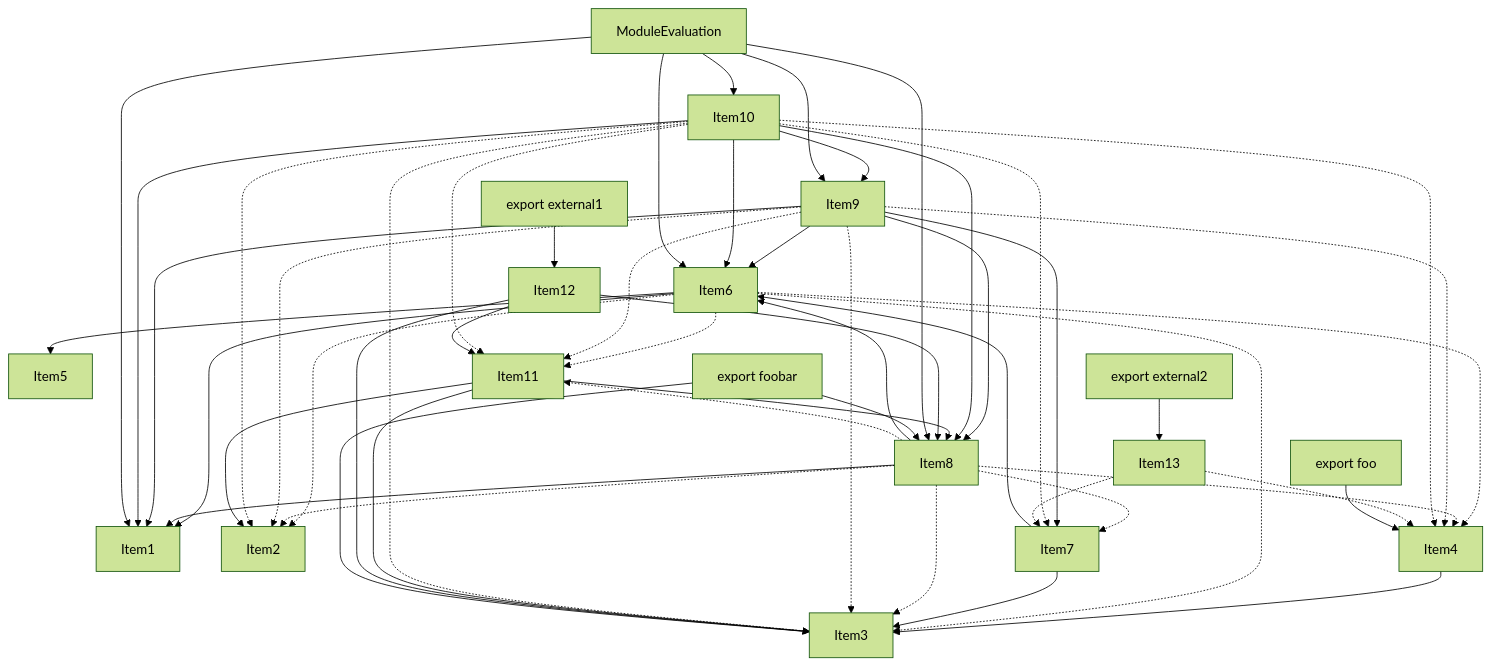
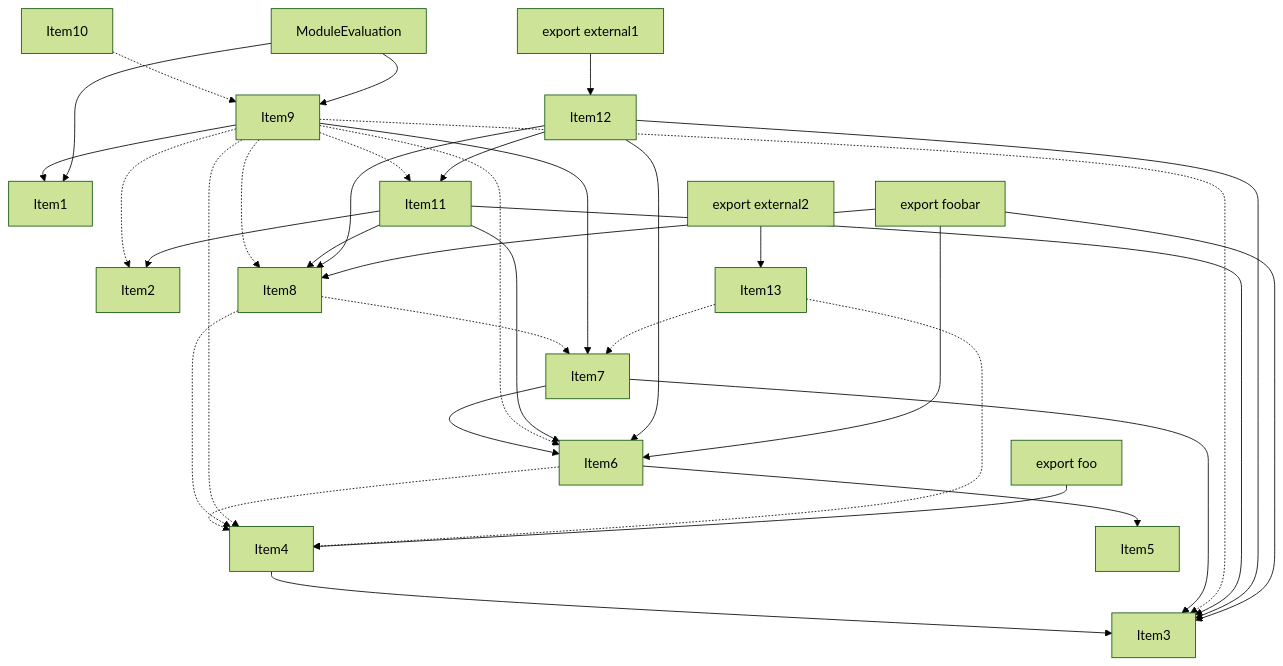
Before and after one commit to vercel/turborepo: the fourth of 5 diagrams in crates/turbopack-ecmascript/tests/tree-shaker/analyzer/1/output.md, drawn with Mermaid (forest theme). The commit also changed other lines of this file and 12 other files, not shown here.

````diff
--- a/crates/turbopack-ecmascript/tests/tree-shaker/analyzer/1/output.md
+++ b/crates/turbopack-ecmascript/tests/tree-shaker/analyzer/1/output.md
@@ -306,77 +271,60 @@
 ```mermaid
 graph TD
     Item1;
     Item2;
     Item3;
     Item4;
     Item5;
     Item6;
     Item7;
     Item8;
     Item9;
     Item10;
     Item11;
     Item12;
     Item13;
     Item14;
     Item14["ModuleEvaluation"];
     Item15;
     Item15["export foobar"];
     Item16;
     Item16["export foo"];
     Item17;
     Item17["export external1"];
     Item18;
     Item18["export external2"];
     Item4 --> Item3;
     Item6 --> Item5;
     Item6 -.-> Item4;
-    Item6 --> Item1;
-    Item6 -.-> Item2;
-    Item6 -.-> Item3;
-    Item6 -.-> Item11;
     Item7 --> Item3;
     Item7 --> Item6;
     Item8 -.-> Item4;
     Item8 -.-> Item7;
-    Item8 --> Item1;
-    Item8 --> Item6;
-    Item8 -.-> Item2;
-    Item8 -.-> Item3;
-    Item8 -.-> Item11;
     Item9 --> Item7;
     Item9 --> Item1;
-    Item9 --> Item6;
-    Item9 --> Item8;
     Item9 -.-> Item2;
     Item9 -.-> Item3;
+    Item9 -.-> Item6;
+    Item9 -.-> Item8;
     Item9 -.-> Item4;
     Item9 -.-> Item11;
-    Item10 --> Item9;
-    Item10 --> Item1;
-    Item10 --> Item6;
-    Item10 --> Item8;
-    Item10 -.-> Item2;
-    Item10 -.-> Item3;
-    Item10 -.-> Item4;
-    Item10 -.-> Item7;
-    Item10 -.-> Item11;
+    Item10 -.-> Item9;
     Item11 --> Item2;
     Item11 --> Item3;
+    Item11 --> Item6;
     Item11 --> Item8;
     Item12 --> Item11;
     Item12 --> Item3;
+    Item12 --> Item6;
     Item12 --> Item8;
     Item13 -.-> Item4;
     Item13 -.-> Item7;
     Item14 --> Item1;
-    Item14 --> Item6;
-    Item14 --> Item8;
     Item14 --> Item9;
-    Item14 --> Item10;
     Item15 --> Item3;
+    Item15 --> Item6;
     Item15 --> Item8;
     Item16 --> Item4;
     Item17 --> Item12;
     Item18 --> Item13;
 ```
````
